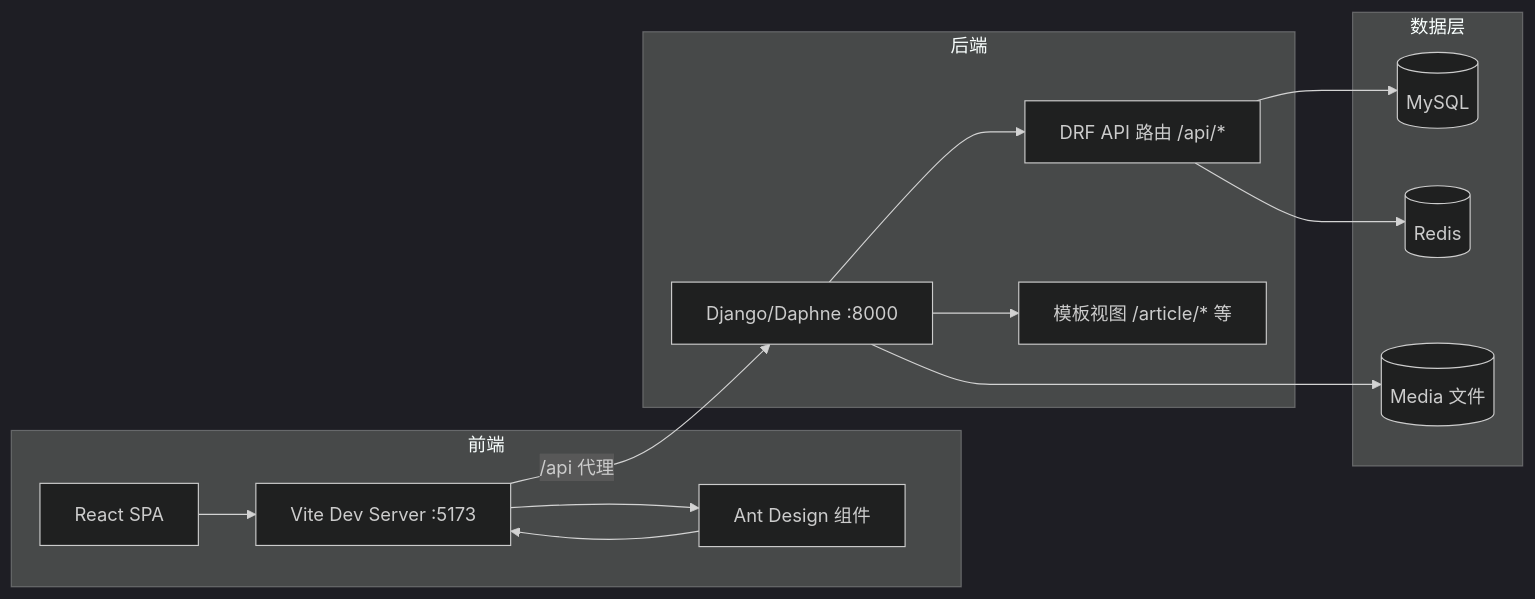
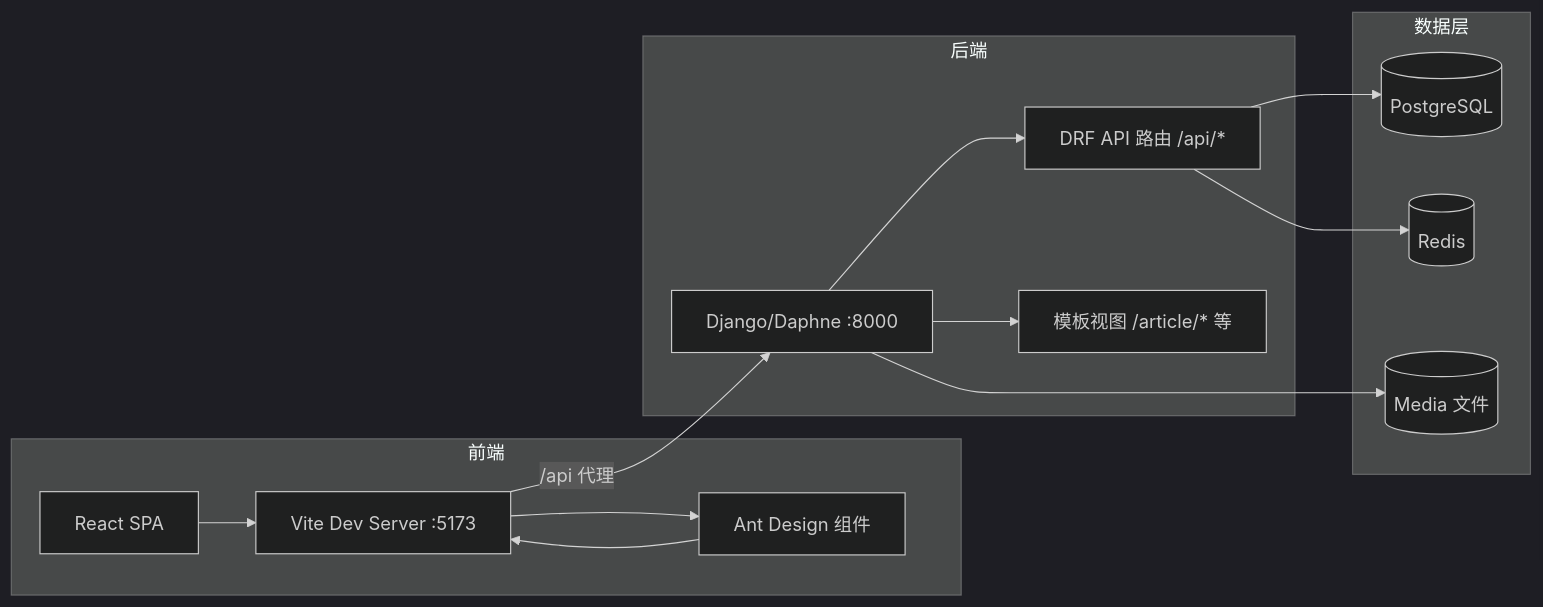
One commit to NCBCNet/NCBCNet changed the first of 2 diagrams in docs/FRONTEND_MIGRATION_PLAN.md. Above: the diagram before and after it, drawn with Mermaid (dark theme). The commit also changed 15 other files, not shown here.

Commit message:
feat: migrate database from MySQL to PostgreSQL and update related configurations

````diff
--- a/docs/FRONTEND_MIGRATION_PLAN.md
+++ b/docs/FRONTEND_MIGRATION_PLAN.md
@@ -54,21 +54,21 @@
 ```mermaid
 graph LR
     subgraph 前端
         A[React SPA] --> B[Vite Dev Server :5173]
         B --> C[Ant Design 组件]
     end
     subgraph 后端
         D[Django/Daphne :8000] --> E[DRF API 路由 /api/*]
         D --> F[模板视图 /article/* 等]
     end
     subgraph 数据层
-        G[(MySQL)] 
+        G[(PostgreSQL)] 
         H[(Redis)]
         I[(Media 文件)]
     end
     C --> B
     B -->|/api 代理| D
     E --> G
     E --> H
     D --> I
 ```
````
